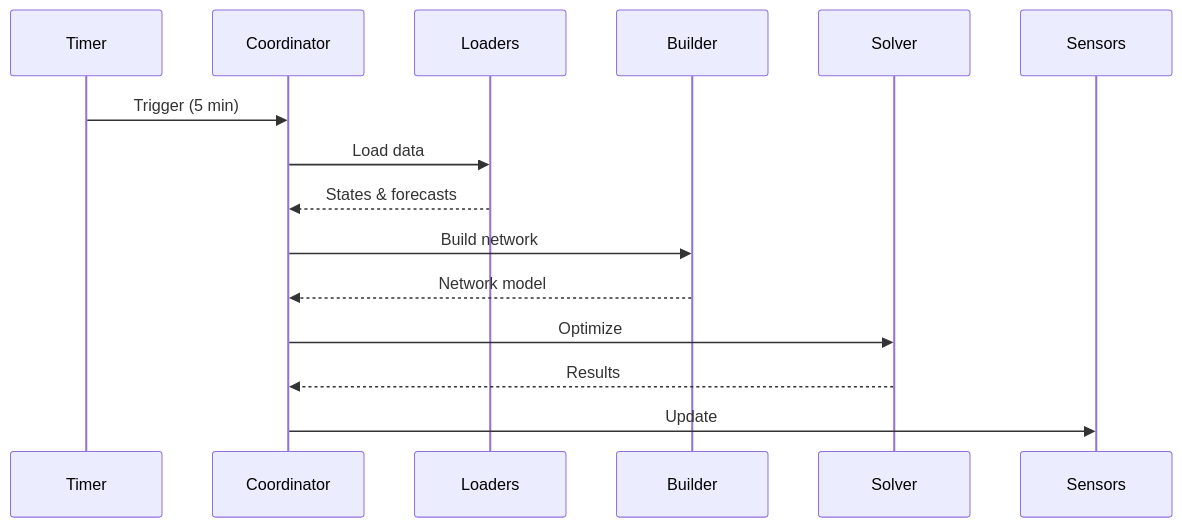
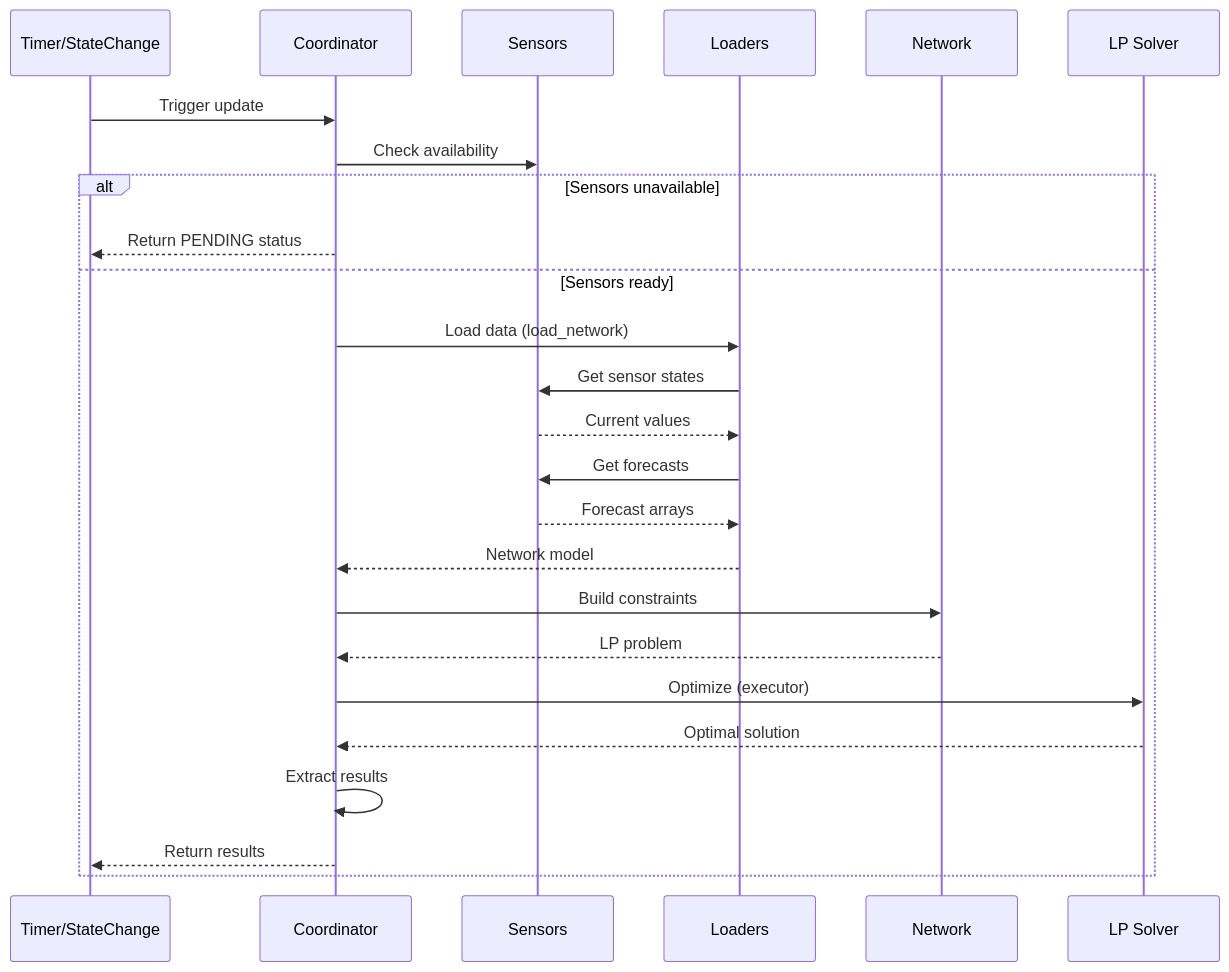
The diagram in docs/developer-guide/coordinator.md (hass-energy/haeo), drawn with Mermaid before and after one commit. The commit also changed other lines of this file and 54 other files, not shown here.

````diff
--- a/docs/developer-guide/coordinator.md
+++ b/docs/developer-guide/coordinator.md
@@ -40,11 +64,28 @@
 ```mermaid
 sequenceDiagram
-    Timer->>Coordinator: Trigger (5 min)
-    Coordinator->>Loaders: Load data
-    Loaders-->>Coordinator: States & forecasts
-    Coordinator->>Builder: Build network
-    Builder-->>Coordinator: Network model
-    Coordinator->>Solver: Optimize
-    Solver-->>Coordinator: Results
-    Coordinator->>Sensors: Update
+    participant T as Timer/StateChange
+    participant C as Coordinator
+    participant S as Sensors
+    participant L as Loaders
+    participant N as Network
+    participant LP as LP Solver
+
+    T->>C: Trigger update
+    C->>S: Check availability
+    alt Sensors unavailable
+        C-->>T: Return PENDING status
+    else Sensors ready
+        C->>L: Load data (load_network)
+        L->>S: Get sensor states
+        S-->>L: Current values
+        L->>S: Get forecasts
+        S-->>L: Forecast arrays
+        L-->>C: Network model
+        C->>N: Build constraints
+        N-->>C: LP problem
+        C->>LP: Optimize (executor)
+        LP-->>C: Optimal solution
+        C->>C: Extract results
+        C-->>T: Return results
+    end
 ```
````
